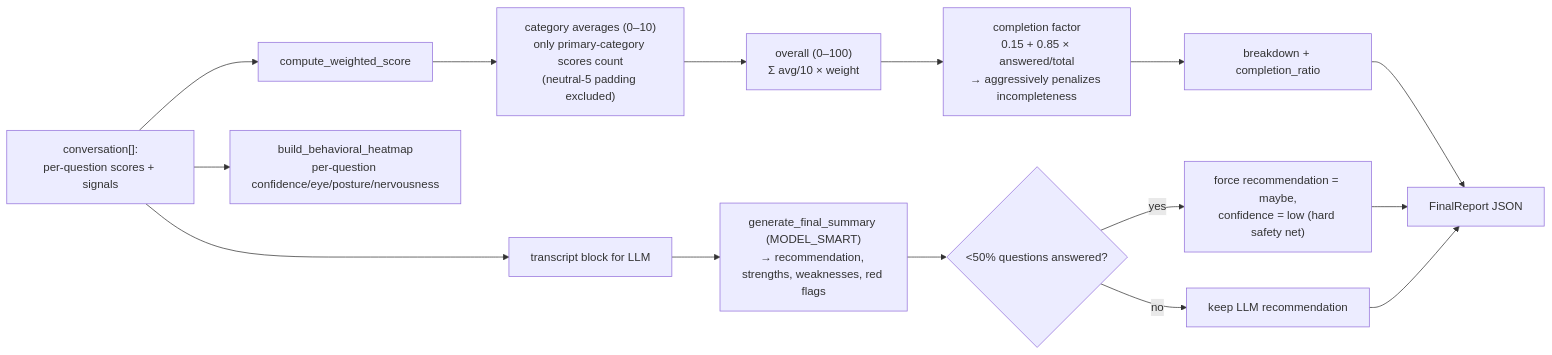
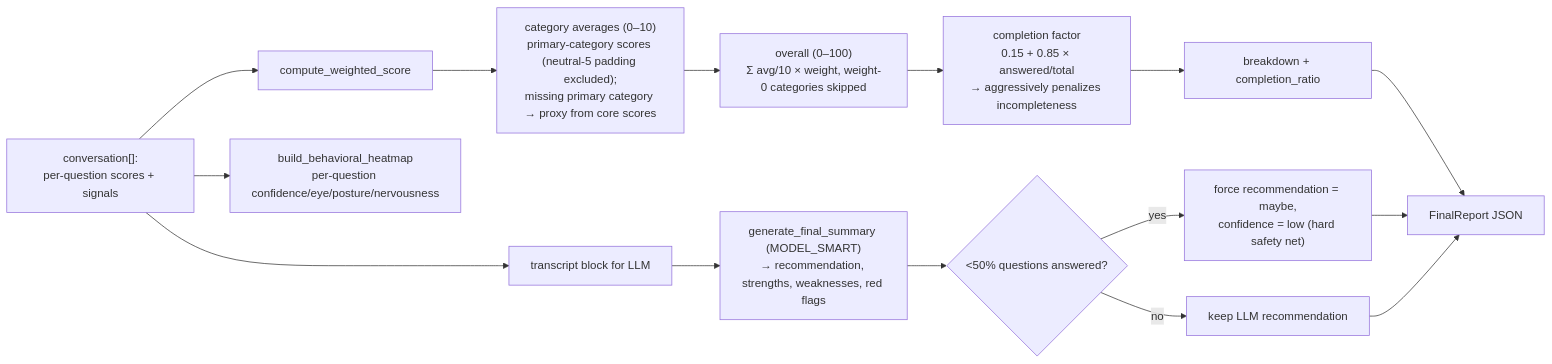
Before and after one commit to RishabhPR77/ai-interview: the seventh of 7 diagrams in README.md, drawn with Mermaid. The commit also changed other lines of this file, not shown here.

Commit message:
docs: document audio-only fallback and rubric-driven question coverage

````diff
--- a/README.md
+++ b/README.md
@@ -230,18 +231,18 @@
 ```mermaid
 flowchart LR
     A["conversation[]:<br/>per-question scores + signals"] --> B["compute_weighted_score"]
-    B --> C["category averages (0–10)<br/>only primary-category scores count<br/>(neutral-5 padding excluded)"]
-    C --> D["overall (0–100)<br/>Σ avg/10 × weight"]
+    B --> C["category averages (0–10)<br/>primary-category scores (neutral-5 padding excluded);<br/>missing primary category → proxy from core scores"]
+    C --> D["overall (0–100)<br/>Σ avg/10 × weight, weight-0 categories skipped"]
     D --> E["completion factor<br/>0.15 + 0.85 × answered/total<br/>→ aggressively penalizes incompleteness"]
     E --> F["breakdown + completion_ratio"]
 
     A --> G["build_behavioral_heatmap<br/>per-question confidence/eye/posture/nervousness"]
     A --> H["transcript block for LLM"]
     H --> I["generate_final_summary (MODEL_SMART)<br/>→ recommendation, strengths, weaknesses, red flags"]
     I --> J{"<50% questions answered?"}
     J -- "yes" --> K["force recommendation = maybe,<br/>confidence = low (hard safety net)"]
     J -- "no" --> L["keep LLM recommendation"]
     F --> M["FinalReport JSON"]
     K --> M
     L --> M
 ```
````
